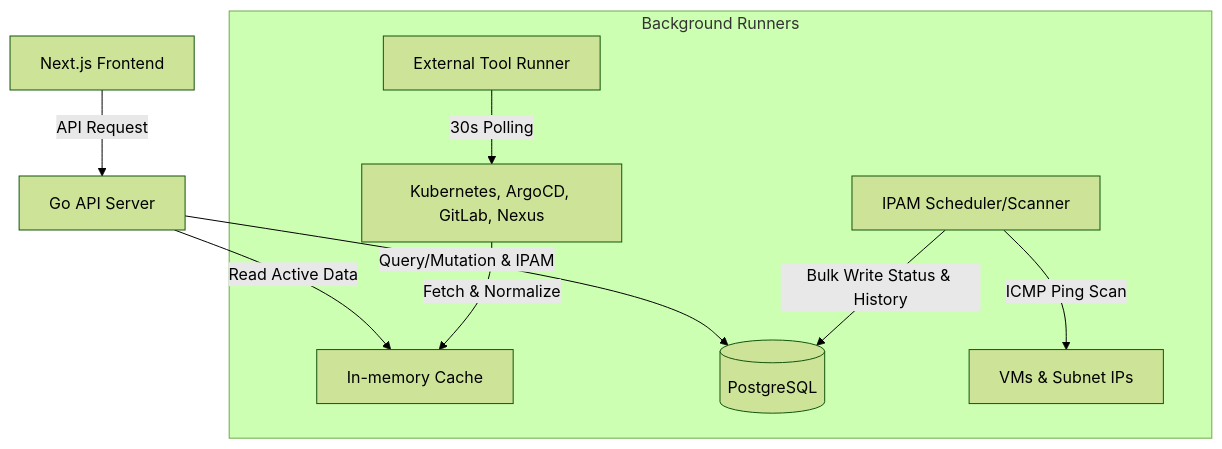
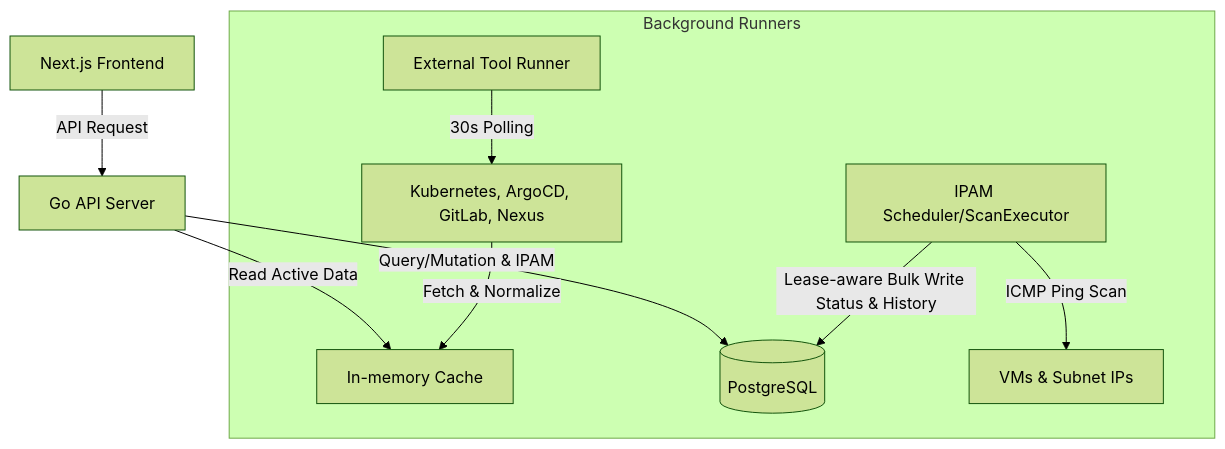
Before and after one commit to squatboy/omni-portal: the diagram in docs/ARCHITECTURE.md, drawn with Mermaid (forest theme). The commit also changed other lines of this file and 11 other files, not shown here.

Commit message:
refactor(ipam): centralize scan execution

````diff
--- a/docs/ARCHITECTURE.md
+++ b/docs/ARCHITECTURE.md
@@ -22,14 +22,14 @@
 ```mermaid
 graph TD
     UI[Next.js Frontend] -->|API Request| API[Go API Server]
     API -->|Read Active Data| Cache[In-memory Cache]
     API -->|Query/Mutation & IPAM| DB[(PostgreSQL)]
     
     subgraph Background Runners
         Runner[External Tool Runner] -->|30s Polling| Ext[Kubernetes, ArgoCD, GitLab, Nexus]
         Ext -->|Fetch & Normalize| Cache
         
-        IPAM[IPAM Scheduler/Scanner] -->|ICMP Ping Scan| VM[VMs & Subnet IPs]
-        IPAM -->|Bulk Write Status & History| DB
+        IPAM[IPAM Scheduler/ScanExecutor] -->|ICMP Ping Scan| VM[VMs & Subnet IPs]
+        IPAM -->|Lease-aware Bulk Write Status & History| DB
     end
 ```
````
